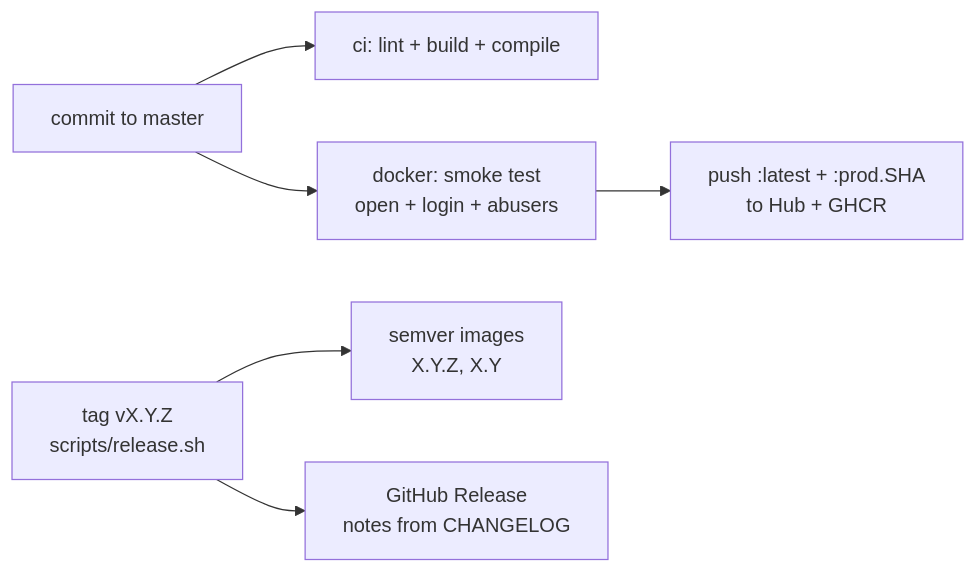
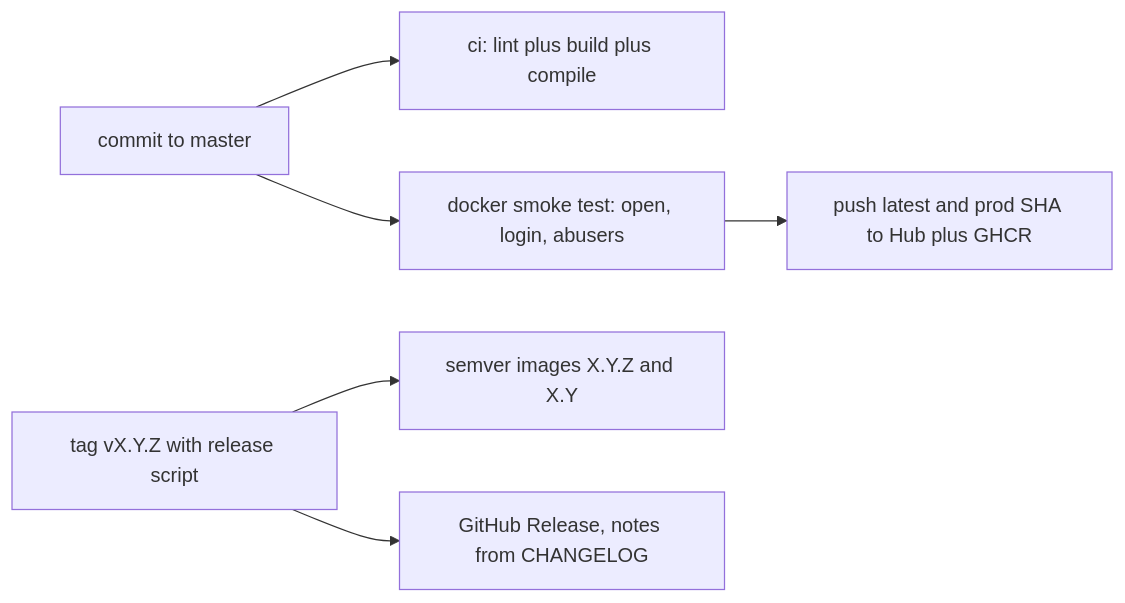
The sixth of 6 diagrams in docs/ARCHITECTURE.md (authoritydmc/ssh-sentinel), drawn with Mermaid before and after one commit. The commit also changed other lines of this file, not shown here.

Commit message:
fix(docs): mermaid without HTML breaks for GitHub renderer

````diff
--- a/docs/ARCHITECTURE.md
+++ b/docs/ARCHITECTURE.md
@@ -151,8 +151,8 @@
 ```mermaid
 flowchart LR
-    DEV[commit to master] --> CI[ci: lint + build + compile]
-    DEV --> SMK[docker: smoke test<br/>open + login + abusers]
-    SMK --> HUB[push :latest + :prod.SHA<br/>to Hub + GHCR]
-    TAG[tag vX.Y.Z<br/>scripts/release.sh] --> SEM[semver images<br/>X.Y.Z, X.Y]
-    TAG --> REL[GitHub Release<br/>notes from CHANGELOG]
+    DEV["commit to master"] --> CI["ci: lint plus build plus compile"]
+    DEV --> SMK["docker smoke test: open, login, abusers"]
+    SMK --> HUB["push latest and prod SHA to Hub plus GHCR"]
+    TAG["tag vX.Y.Z with release script"] --> SEM["semver images X.Y.Z and X.Y"]
+    TAG --> REL["GitHub Release, notes from CHANGELOG"]
 ```
````
